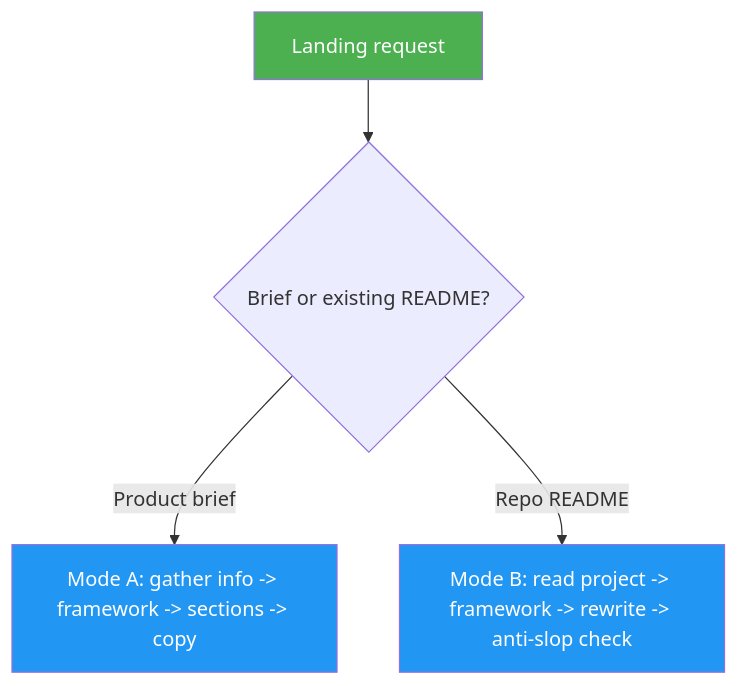
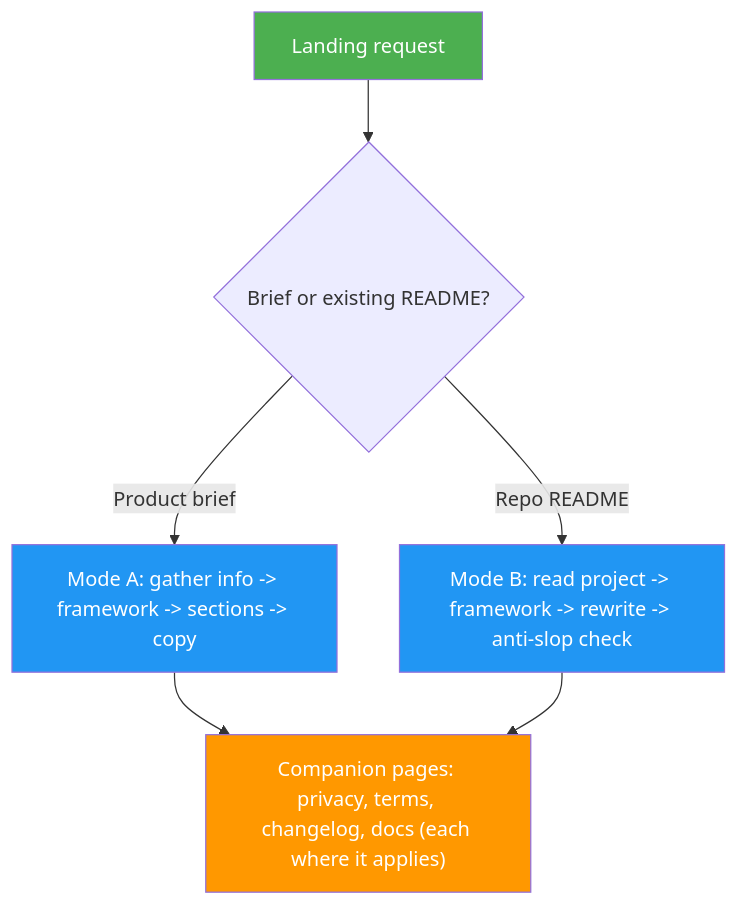
Before and after one commit to luongnv89/skills: the diagram in skills/landing-page-generator/docs/README.md, drawn with Mermaid. The commit also changed other lines of this file and 18 other files, not shown here.

First line of the commit message:
feat(landing-page-generator): add privacy, terms, changelog, and docs companion pages

````diff
--- a/skills/landing-page-generator/docs/README.md
+++ b/skills/landing-page-generator/docs/README.md
@@ -37,9 +41,12 @@
 ```mermaid
 graph TD
     A["Landing request"] --> M{"Brief or existing README?"}
     M -->|Product brief| B["Mode A: gather info -> framework -> sections -> copy"]
     M -->|Repo README| C["Mode B: read project -> framework -> rewrite -> anti-slop check"]
+    B --> P["Companion pages: privacy, terms, changelog, docs (each where it applies)"]
+    C --> P
     style A fill:#4CAF50,color:#fff
     style B fill:#2196F3,color:#fff
     style C fill:#2196F3,color:#fff
+    style P fill:#FF9800,color:#fff
 ```
````
